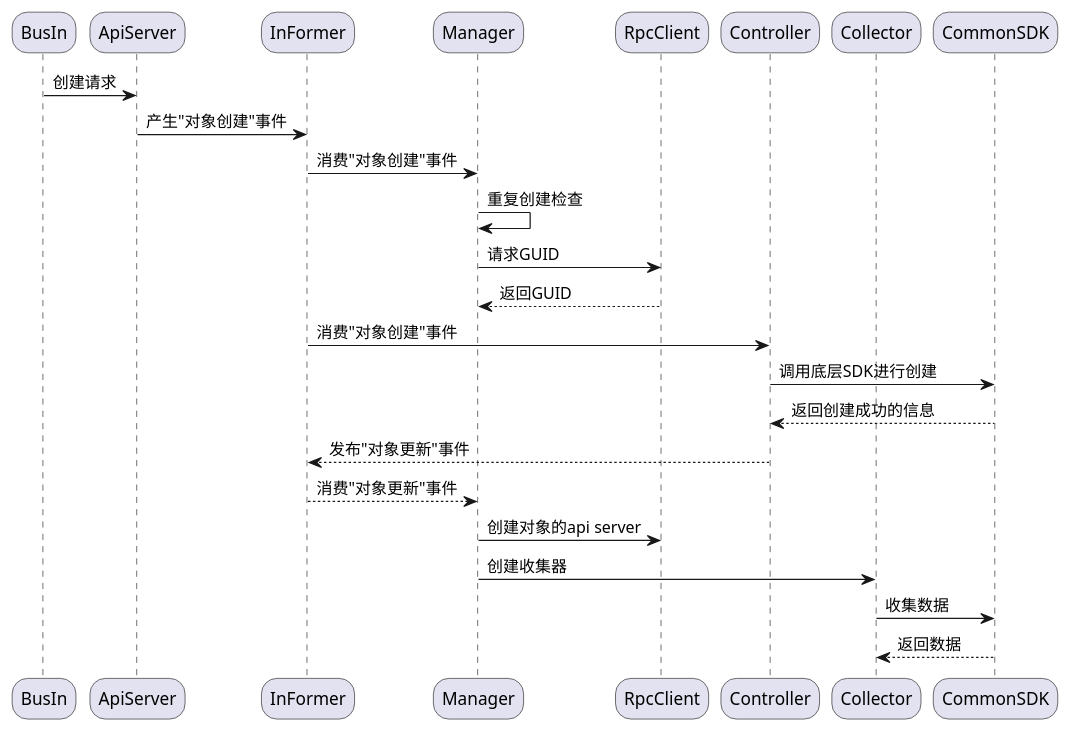
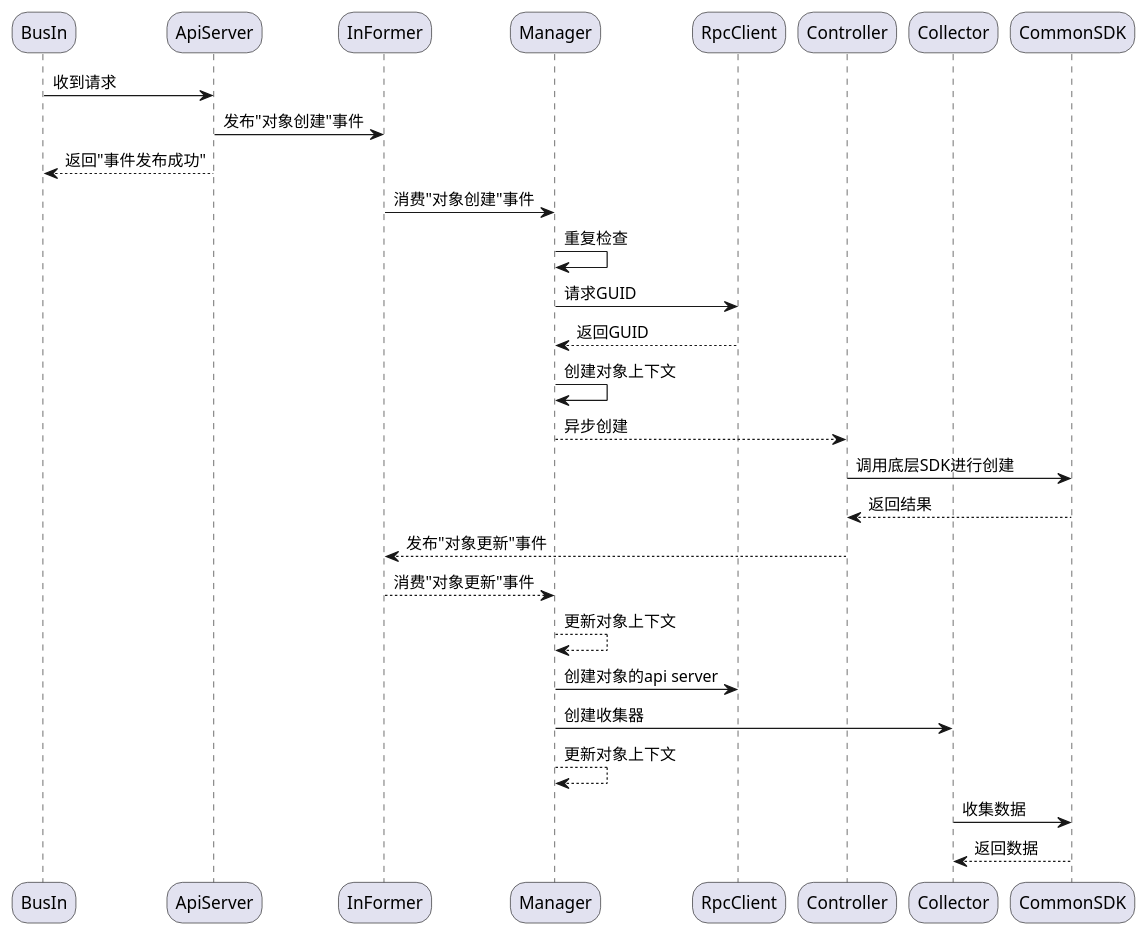
Before and after one commit to Faione/note: the second of 7 diagrams in WorkNote/Agent设计v2/执行代理V0.2-重构-草稿.md, drawn with PlantUML. The commit also changed other lines of this file and 1 other file, not shown here.

````diff
--- a/WorkNote/Agent设计v2/执行代理V0.2-重构-草稿.md
+++ b/WorkNote/Agent设计v2/执行代理V0.2-重构-草稿.md
@@ -95,32 +90,36 @@
 ```plantuml
 @startuml
 skinparam roundCorner 25
 skinparam responseMessageBelowArrow true
 
 participant BusIn as f1
 participant ApiServer as f2
 participant InFormer as f3
 participant Manager as f4
 participant RpcClient as f5
 participant Controller as f6
 participant Collector as f7
 participant CommonSDK as f8
 
 
-f1    ->     f2  :创建请求
-f2    ->     f3  :产生"对象创建"事件
+f1    ->     f2  :收到请求
+f2    ->     f3  :发布"对象创建"事件
+f2    -->    f1  :返回"事件发布成功"
 f3    ->     f4  :消费"对象创建"事件
-f4    ->     f4  :重复创建检查
+f4    ->     f4  :重复检查
 f4    ->     f5  :请求GUID
 f5   -->     f4  :返回GUID
-f3    ->     f6  :消费"对象创建"事件
+f4    ->     f4  :创建对象上下文
+f4   -->     f6  :异步创建
 f6    ->     f8  :调用底层SDK进行创建
-f8   -->     f6  :返回创建成功的信息
+f8   -->     f6  :返回结果
 f6   -->     f3  :发布"对象更新"事件
 f3   -->     f4  :消费"对象更新"事件
+f4   -->     f4  :更新对象上下文
 f4    ->     f5  :创建对象的api server
 f4    ->     f7  :创建收集器
+f4   -->     f4  :更新对象上下文
 f7    ->     f8  :收集数据
 f8    -->    f7  :返回数据
 @enduml
 ```
````
